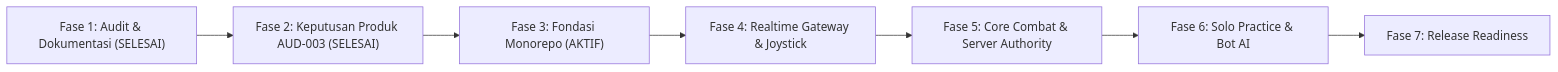
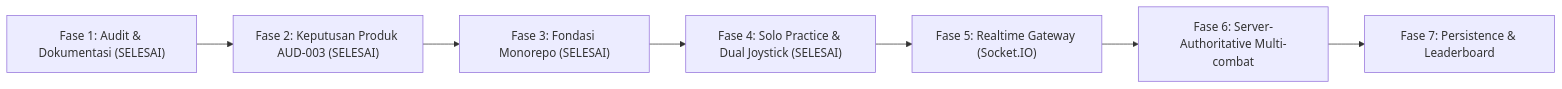
The diagram in docs/IMPLEMENTATION_PLAN.md (kangharfebrin-dot/battle_ground), drawn with Mermaid before and after one commit. The commit also changed other lines of this file and 25 other files, not shown here.

Commit message:
feat: implementasi arena 2d solo practice, dual joystick, modul fisika, dan eslint

````diff
--- a/docs/IMPLEMENTATION_PLAN.md
+++ b/docs/IMPLEMENTATION_PLAN.md
@@ -7,9 +7,9 @@
 ```mermaid
 flowchart LR
     A["Fase 1: Audit & Dokumentasi (SELESAI)"] --> B["Fase 2: Keputusan Produk AUD-003 (SELESAI)"]
-    B --> C["Fase 3: Fondasi Monorepo (AKTIF)"]
-    C --> D["Fase 4: Realtime Gateway & Joystick"]
-    D --> E["Fase 5: Core Combat & Server Authority"]
-    E --> F["Fase 6: Solo Practice & Bot AI"]
-    F --> G["Fase 7: Release Readiness"]
+    B --> C["Fase 3: Fondasi Monorepo (SELESAI)"]
+    C --> D["Fase 4: Solo Practice & Dual Joystick (SELESAI)"]
+    D --> E["Fase 5: Realtime Gateway (Socket.IO)"]
+    E --> F["Fase 6: Server-Authoritative Multi-combat"]
+    F --> G["Fase 7: Persistence & Leaderboard"]
 ```
````
